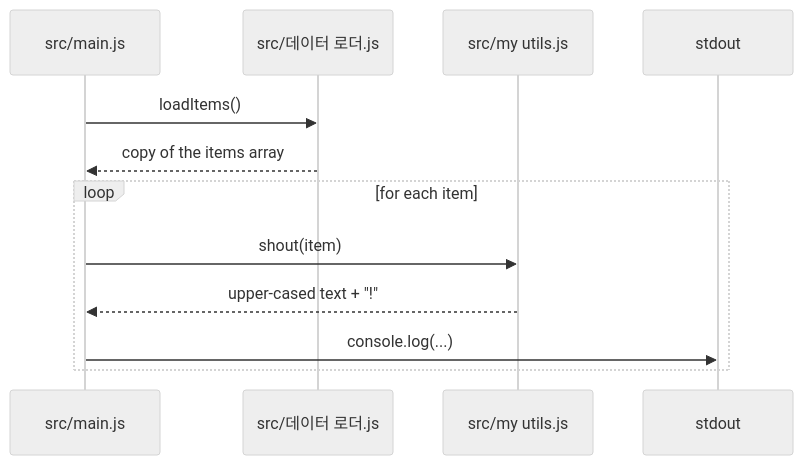
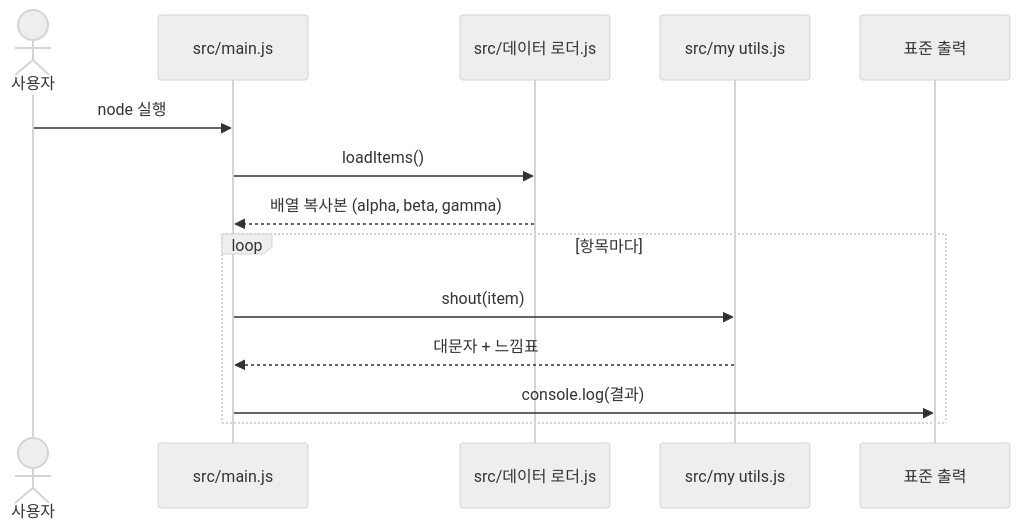
One commit to hxxnn/codemap changed the diagram in examples/edge-names/docs/codemap/sequence-flow.md. Above: the diagram before and after it, drawn with Mermaid (neutral theme). The commit also changed other lines of this file and 44 other files, not shown here.

````diff
--- a/examples/edge-names/docs/codemap/sequence-flow.md
+++ b/examples/edge-names/docs/codemap/sequence-flow.md
@@ -18,14 +18,16 @@
 ```mermaid
 sequenceDiagram
+  actor U as 사용자
   participant M as src/main.js
   participant L as src/데이터 로더.js
-  participant U as src/my utils.js
-  participant C as stdout
+  participant S as src/my utils.js
+  participant O as 표준 출력
+  U->>M: node 실행
   M->>L: loadItems()
-  L-->>M: copy of the items array
-  loop for each item
-    M->>U: shout(item)
-    U-->>M: upper-cased text + "!"
-    M->>C: console.log(...)
+  L-->>M: 배열 복사본 (alpha, beta, gamma)
+  loop 항목마다
+    M->>S: shout(item)
+    S-->>M: 대문자 + 느낌표
+    M->>O: console.log(결과)
   end
 ```
````
